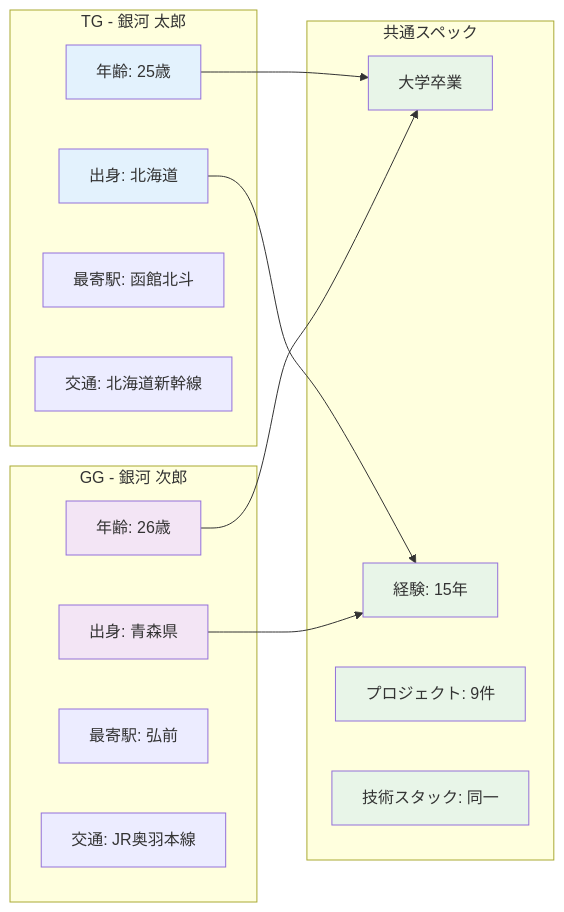
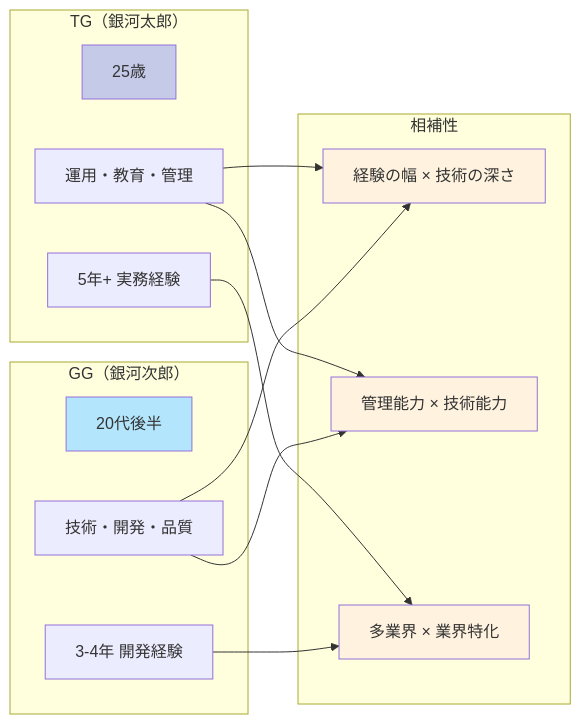
One commit to MasatakaNakamura/xlsx-data-analyzer changed the first of 13 diagrams in docs/経歴書サンプル_総合分析レポート.md. Above: the diagram before and after it, drawn with Mermaid. The commit also changed other lines of this file and 32 other files, not shown here.

````diff
--- a/docs/経歴書サンプル_総合分析レポート.md
+++ b/docs/経歴書サンプル_総合分析レポート.md
@@ -25,37 +22,33 @@
 ```mermaid
 graph LR
-    subgraph "TG - 銀河 太郎"
-        A1[年齢: 25歳]
-        A2[出身: 北海道]
-        A3[最寄駅: 函館北斗]
-        A4[交通: 北海道新幹線]
+    subgraph "TG（銀河太郎）"
+        TG_AGE[25歳]
+        TG_EXP[5年+ 実務経験]
+        TG_FOCUS[運用・教育・管理]
     end
 
-    subgraph "GG - 銀河 次郎"
-        B1[年齢: 26歳]
-        B2[出身: 青森県]
-        B3[最寄駅: 弘前]
-        B4[交通: JR奥羽本線]
+    subgraph "GG（銀河次郎）"
+        GG_AGE[20代後半]
+        GG_EXP[3-4年 開発経験]
+        GG_FOCUS[技術・開発・品質]
     end
 
-    subgraph "共通スペック"
-        C1[大学卒業]
-        C2[経験: 15年]
-        C3[プロジェクト: 9件]
-        C4[技術スタック: 同一]
+    subgraph "相補性"
+        COMP1[経験の幅 × 技術の深さ]
+        COMP2[管理能力 × 技術能力]
+        COMP3[多業界 × 業界特化]
     end
 
-    A1 --> C1
-    A2 --> C2
-    B1 --> C1
-    B2 --> C2
+    TG_FOCUS --> COMP1
+    GG_FOCUS --> COMP1
+    TG_FOCUS --> COMP2
+    GG_FOCUS --> COMP2
+    TG_EXP --> COMP3
+    GG_EXP --> COMP3
 
-    style A1 fill:#e3f2fd
-    style A2 fill:#e3f2fd
-    style B1 fill:#f3e5f5
-    style B2 fill:#f3e5f5
-    style C1 fill:#e8f5e8
-    style C2 fill:#e8f5e8
-    style C3 fill:#e8f5e8
-    style C4 fill:#e8f5e8
+    style TG_AGE fill:#c5cae9
+    style GG_AGE fill:#b3e5fc
+    style COMP1 fill:#fff3e0
+    style COMP2 fill:#fff3e0
+    style COMP3 fill:#fff3e0
 ```
````
